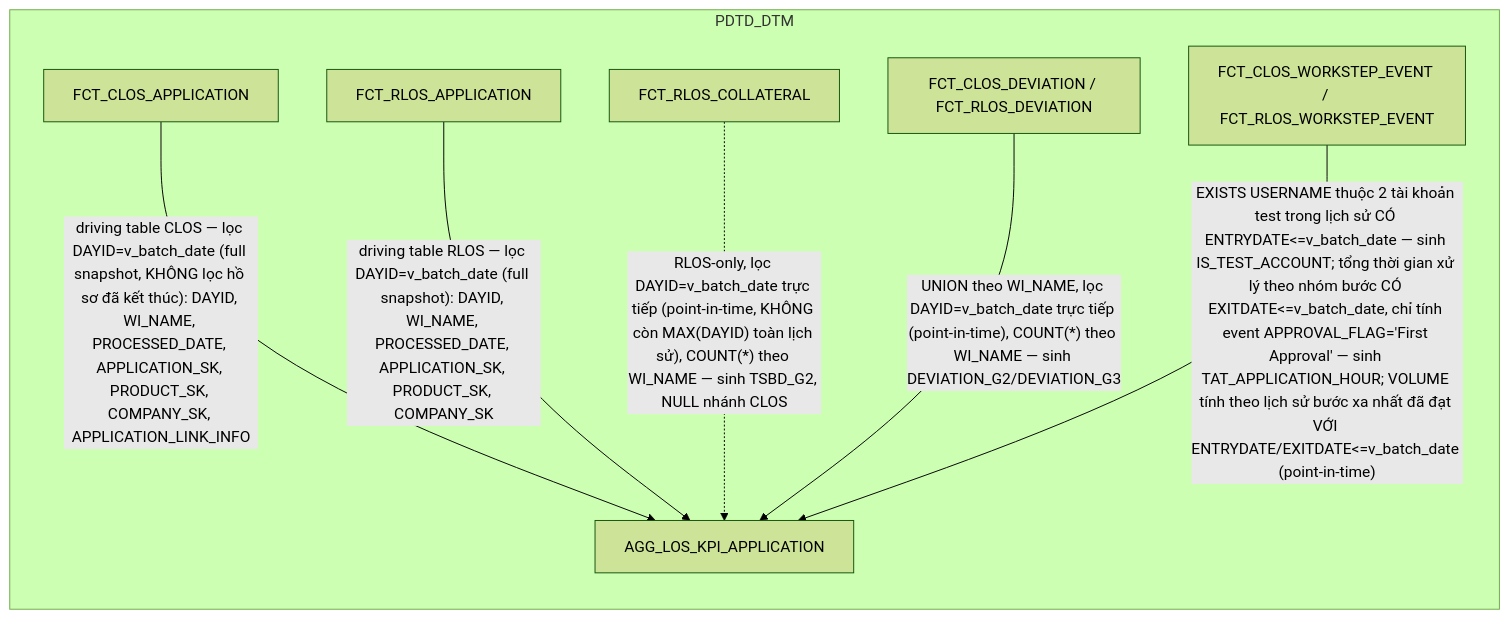
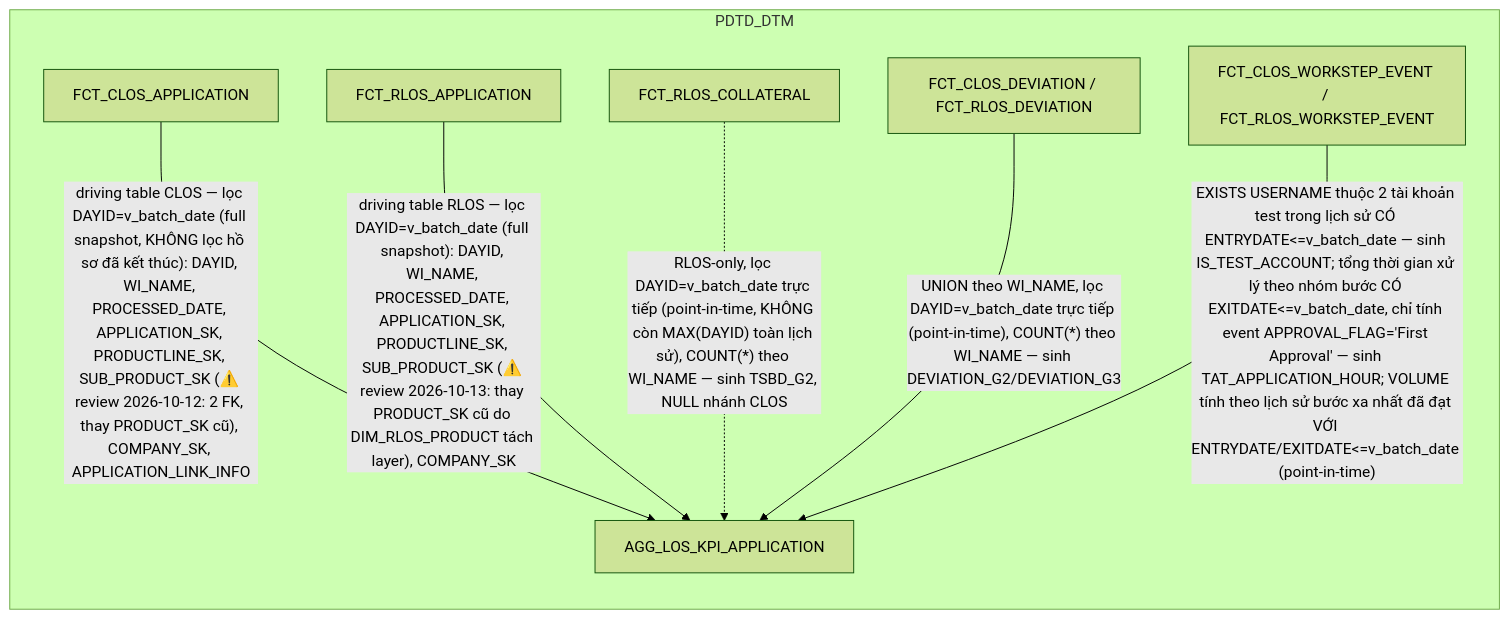
The third of 19 diagrams in hld/hld_review/HLD_FCT_PDTD_DTM_review.md (chien1198/sb-mapping-gen), drawn with Mermaid (forest theme) before and after one commit. The commit also changed other lines of this file and 49 other files, not shown here.

````diff
--- a/hld/hld_review/HLD_FCT_PDTD_DTM_review.md
+++ b/hld/hld_review/HLD_FCT_PDTD_DTM_review.md
@@ -163,16 +163,16 @@
 ```mermaid
 flowchart LR
     subgraph PDTD_DTM
         A["FCT_CLOS_APPLICATION"]
         B["FCT_RLOS_APPLICATION"]
         L["FCT_RLOS_COLLATERAL"]
         V["FCT_CLOS_DEVIATION / FCT_RLOS_DEVIATION"]
         W["FCT_CLOS_WORKSTEP_EVENT / FCT_RLOS_WORKSTEP_EVENT"]
         K["AGG_LOS_KPI_APPLICATION"]
     end
-    A -->|"driving table CLOS — lọc DAYID=v_batch_date (full snapshot, KHÔNG lọc hồ sơ đã kết thúc): DAYID, WI_NAME, PROCESSED_DATE, APPLICATION_SK, PRODUCT_SK, COMPANY_SK, APPLICATION_LINK_INFO"| K
-    B -->|"driving table RLOS — lọc DAYID=v_batch_date (full snapshot): DAYID, WI_NAME, PROCESSED_DATE, APPLICATION_SK, PRODUCT_SK, COMPANY_SK"| K
+    A -->|"driving table CLOS — lọc DAYID=v_batch_date (full snapshot, KHÔNG lọc hồ sơ đã kết thúc): DAYID, WI_NAME, PROCESSED_DATE, APPLICATION_SK, PRODUCTLINE_SK, SUB_PRODUCT_SK (⚠️ review 2026-10-12: 2 FK, thay PRODUCT_SK cũ), COMPANY_SK, APPLICATION_LINK_INFO"| K
+    B -->|"driving table RLOS — lọc DAYID=v_batch_date (full snapshot): DAYID, WI_NAME, PROCESSED_DATE, APPLICATION_SK, PRODUCTLINE_SK, SUB_PRODUCT_SK (⚠️ review 2026-10-13: thay PRODUCT_SK cũ do DIM_RLOS_PRODUCT tách layer), COMPANY_SK"| K
     L -.->|"RLOS-only, lọc DAYID=v_batch_date trực tiếp (point-in-time, KHÔNG còn MAX(DAYID) toàn lịch sử), COUNT(*) theo WI_NAME — sinh TSBD_G2, NULL nhánh CLOS"| K
     V -->|"UNION theo WI_NAME, lọc DAYID=v_batch_date trực tiếp (point-in-time), COUNT(*) theo WI_NAME — sinh DEVIATION_G2/DEVIATION_G3"| K
     W -->|"EXISTS USERNAME thuộc 2 tài khoản test trong lịch sử CÓ ENTRYDATE<=v_batch_date — sinh IS_TEST_ACCOUNT; tổng thời gian xử lý theo nhóm bước CÓ EXITDATE<=v_batch_date, chỉ tính event APPROVAL_FLAG='First Approval' — sinh TAT_APPLICATION_HOUR; VOLUME tính theo lịch sử bước xa nhất đã đạt VỚI ENTRYDATE/EXITDATE<=v_batch_date (point-in-time)"| K
 ```
````
